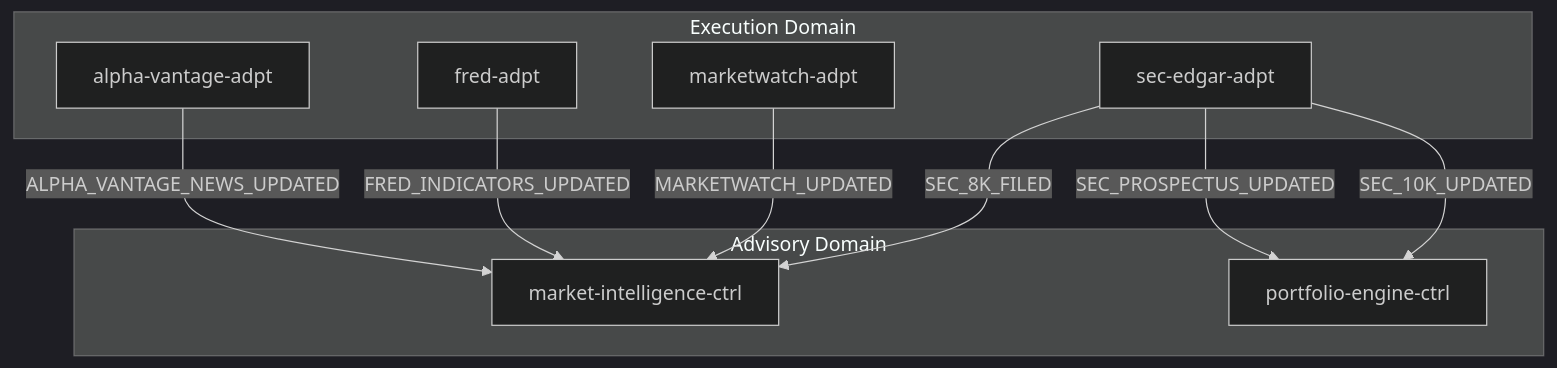
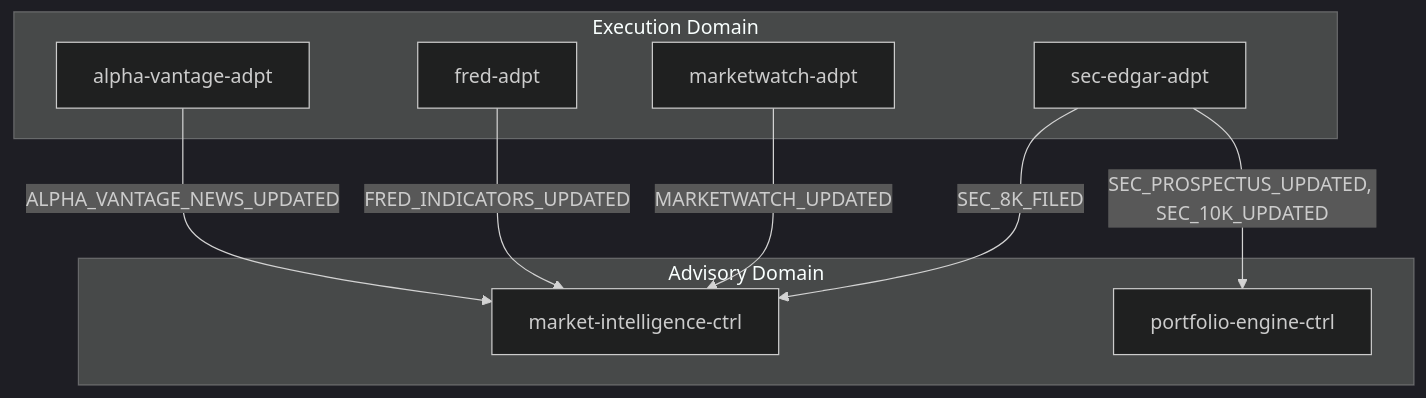
Before and after one commit to fabio-vitali/nestfolio: the first of 2 diagrams in docs/data-flows/market-data-ingestion.md, drawn with Mermaid (dark theme). The commit also changed 7 other files, not shown here.

Commit message:
fix: data-flows human readable md generation fixes

````diff
--- a/docs/data-flows/market-data-ingestion.md
+++ b/docs/data-flows/market-data-ingestion.md
@@ -11,19 +11,18 @@
 ```mermaid
 flowchart TD
     subgraph execution["Execution Domain"]
         alpha_vantage_adpt["alpha-vantage-adpt"]
         fred_adpt["fred-adpt"]
         marketwatch_adpt["marketwatch-adpt"]
         sec_edgar_adpt["sec-edgar-adpt"]
     end
     subgraph advisory["Advisory Domain"]
         market_intelligence_ctrl["market-intelligence-ctrl"]
         portfolio_engine_ctrl["portfolio-engine-ctrl"]
     end
     alpha_vantage_adpt -->|"ALPHA_VANTAGE_NEWS_UPDATED"| market_intelligence_ctrl
     fred_adpt -->|"FRED_INDICATORS_UPDATED"| market_intelligence_ctrl
     marketwatch_adpt -->|"MARKETWATCH_UPDATED"| market_intelligence_ctrl
     sec_edgar_adpt -->|"SEC_8K_FILED"| market_intelligence_ctrl
-    sec_edgar_adpt -->|"SEC_PROSPECTUS_UPDATED"| portfolio_engine_ctrl
-    sec_edgar_adpt -->|"SEC_10K_UPDATED"| portfolio_engine_ctrl
+    sec_edgar_adpt -->|"SEC_PROSPECTUS_UPDATED, SEC_10K_UPDATED"| portfolio_engine_ctrl
 ```
````
